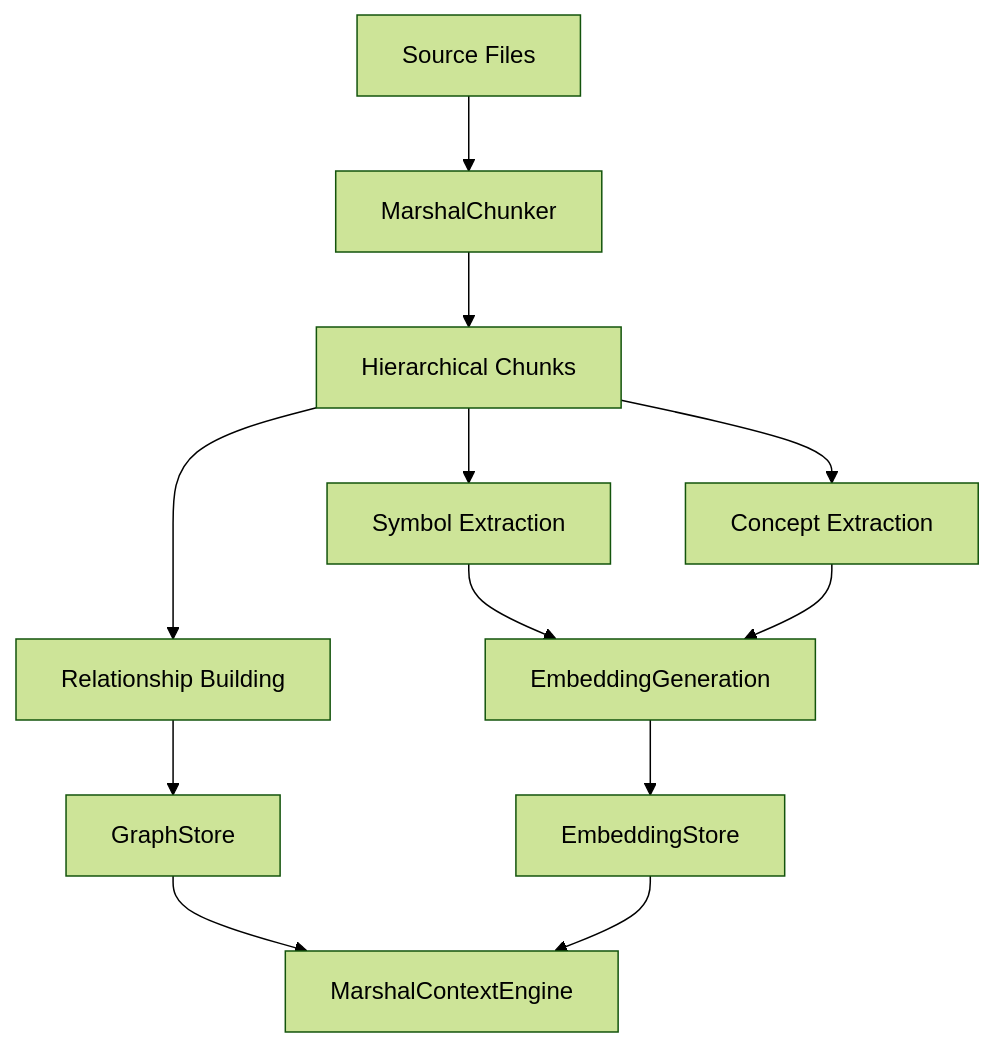
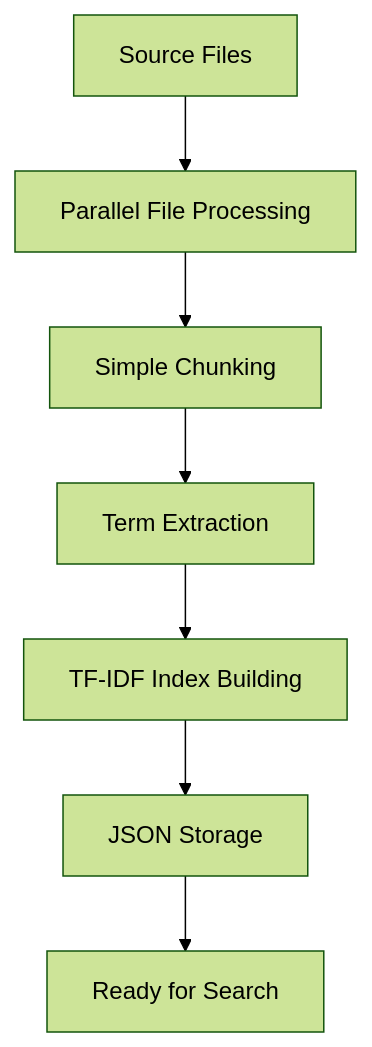
The second of 2 diagrams in ARCHITECTURE.md (marshaltudu14/marshal-indexer), drawn with Mermaid (forest theme) before and after one commit. The commit also changed other lines of this file and 36 other files, not shown here.

````diff
--- a/ARCHITECTURE.md
+++ b/ARCHITECTURE.md
@@ -80,14 +56,9 @@
 ```mermaid
 graph TD
-    A[Source Files] --> B[MarshalChunker]
-    B --> C[Hierarchical Chunks]
-    C --> D[Symbol Extraction]
-    C --> E[Concept Extraction]
-    C --> F[Relationship Building]
-    D --> G[EmbeddingGeneration]
-    E --> G
-    F --> H[GraphStore]
-    G --> I[EmbeddingStore]
-    H --> J[MarshalContextEngine]
-    I --> J
+    A[Source Files] --> B[Parallel File Processing]
+    B --> C[Simple Chunking]
+    C --> D[Term Extraction]
+    D --> E[TF-IDF Index Building]
+    E --> F[JSON Storage]
+    F --> G[Ready for Search]
 ```
````
